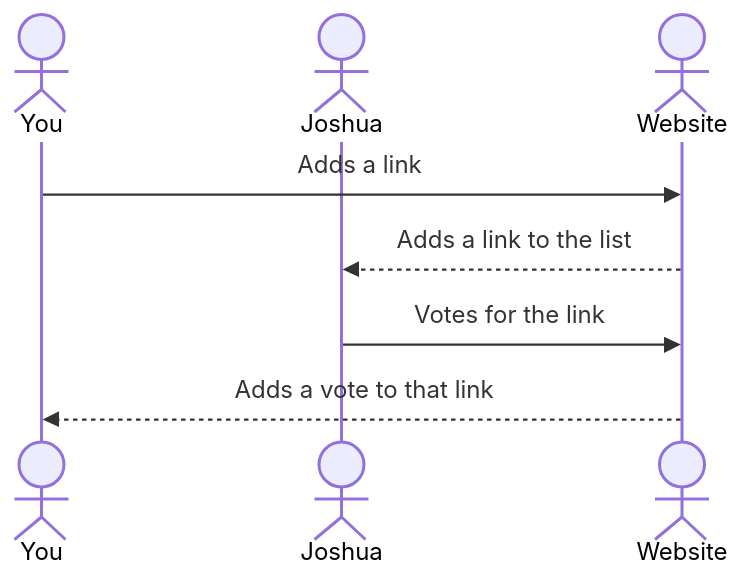
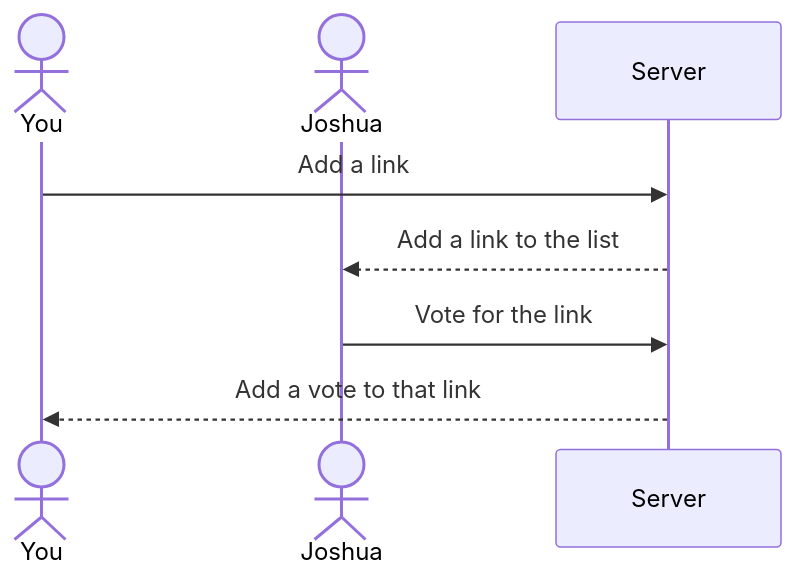
One commit to Billpack68/startup changed the diagram in README.md. Above: the diagram before and after it, drawn with Mermaid.

Commit message:
Refining sequence diagram

````diff
--- a/README.md
+++ b/README.md
@@ -27,10 +27,9 @@
 ```mermaid
 sequenceDiagram
     actor You
     actor Joshua
-    actor Website
-    You->>Website: Adds a link
-    Website-->>Joshua: Adds a link to the list
-    Joshua->>Website: Votes for the link
-    Website-->>You: Adds a vote to that link
+    You->>Server: Add a link
+    Server-->>Joshua: Add a link to the list
+    Joshua->>Server: Vote for the link
+    Server-->>You: Add a vote to that link
 ```
````
